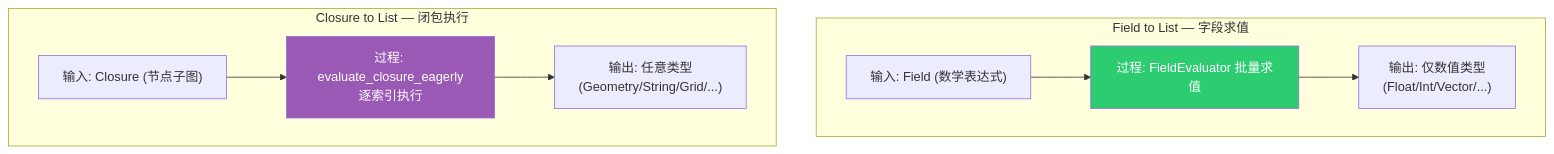
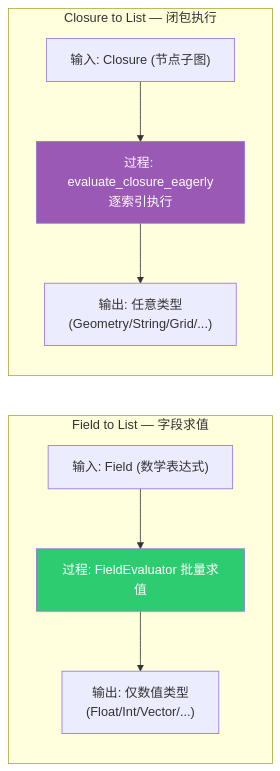
Before and after one commit to yunkezengren/blender-.vscode: the second of 34 diagrams in 杂/markdown/几何节点-列表/09-ClosureToList节点.md, drawn with Mermaid. The commit also changed other lines of this file and 1 other file, not shown here.

````diff
--- a/杂/markdown/几何节点-列表/09-ClosureToList节点.md
+++ b/杂/markdown/几何节点-列表/09-ClosureToList节点.md
@@ -152,19 +157,19 @@
 ```mermaid
-graph TB
+graph LR
     subgraph "Field to List — 字段求值"
         FT2["输入: Field (数学表达式)"]
         FT3["过程: FieldEvaluator 批量求值"]
         FT4["输出: 仅数值类型<br/>(Float/Int/Vector/...)"]
         FT2 --> FT3 --> FT4
     end
 
     subgraph "Closure to List — 闭包执行"
         CT2["输入: Closure (节点子图)"]
         CT3["过程: evaluate_closure_eagerly<br/>逐索引执行"]
         CT4["输出: 任意类型<br/>(Geometry/String/Grid/...)"]
         CT2 --> CT3 --> CT4
     end
 
     style FT3 fill:#2ecc71,color:#fff
     style CT3 fill:#9b59b6,color:#fff
 ```
````
